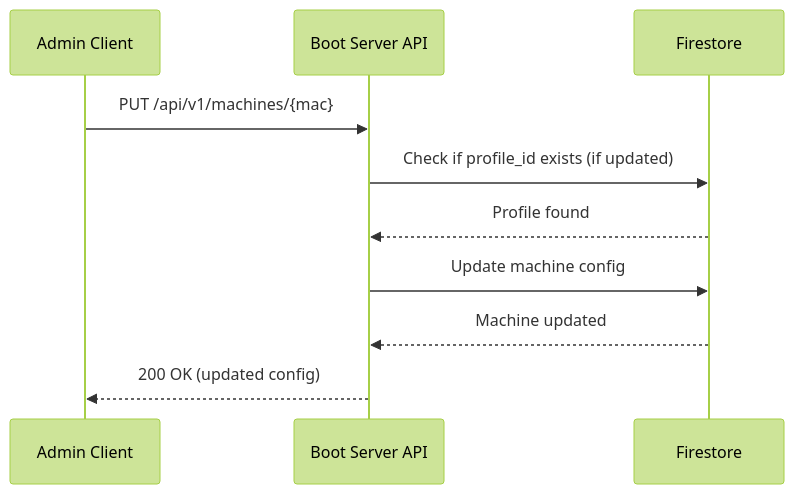
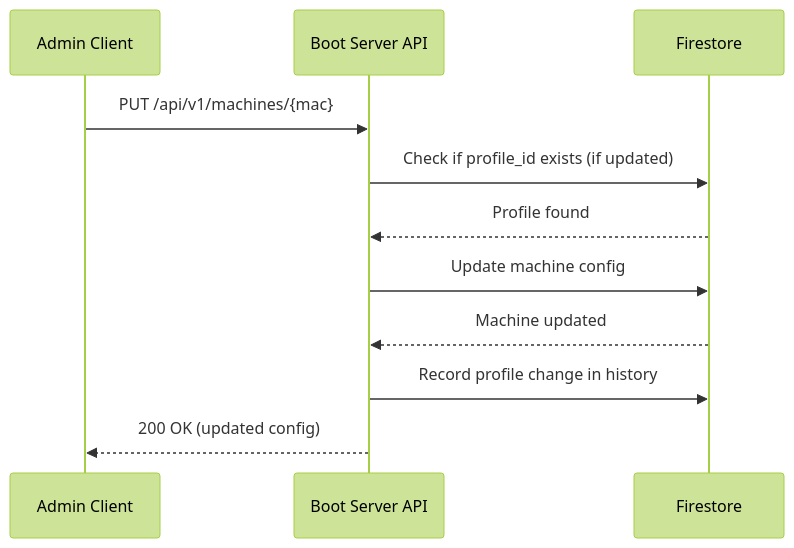
Before and after one commit to Zaba505/infra: the tenth of 12 diagrams in docs/content/r&d/services/boot/admin-api.md, drawn with Mermaid (forest theme). The commit also changed other lines of this file, not shown here.

Commit message:
docs(issue-605): simplify admin api

````diff
--- a/docs/content/r&d/services/boot/admin-api.md
+++ b/docs/content/r&d/services/boot/admin-api.md
@@ -488,13 +571,14 @@
 ```mermaid
 sequenceDiagram
     participant Client as Admin Client
     participant API as Boot Server API
     participant DB as Firestore
     
     Client->>API: PUT /api/v1/machines/{mac}
     API->>DB: Check if profile_id exists (if updated)
     DB-->>API: Profile found
     API->>DB: Update machine config
     DB-->>API: Machine updated
+    API->>DB: Record profile change in history
     API-->>Client: 200 OK (updated config)
 ```
````
